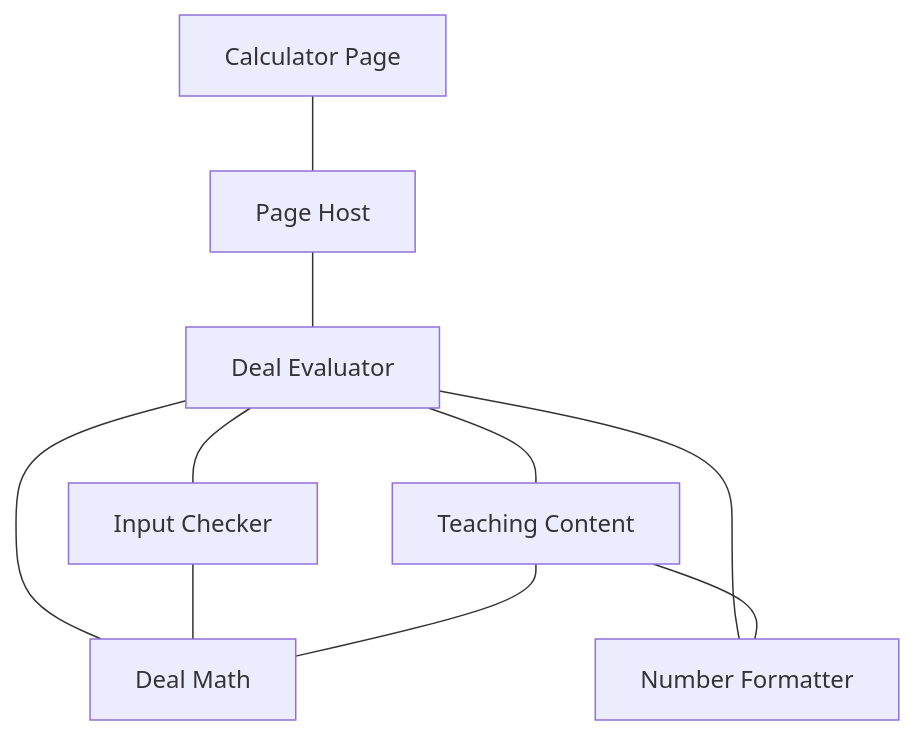
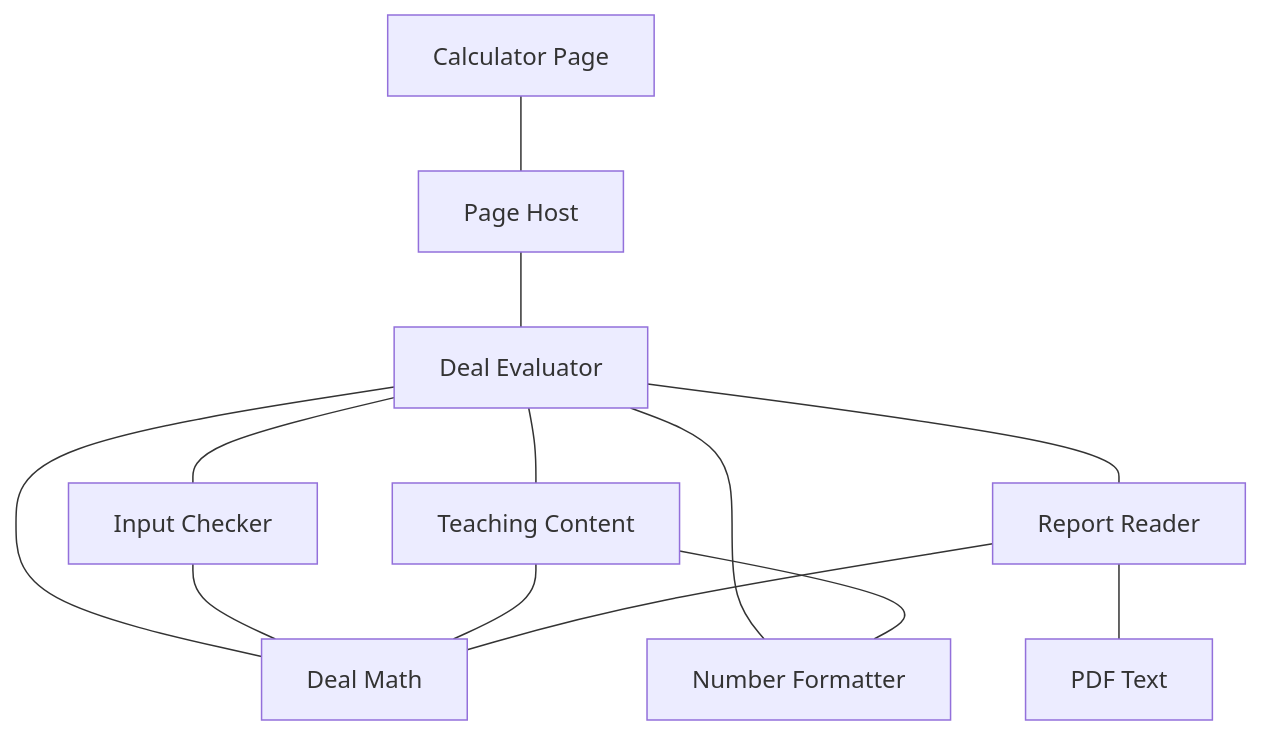
The diagram in ARCHITECTURE.md (jonnyH2O/deal-calc), drawn with Mermaid before and after one commit. The commit also changed other lines of this file and 27 other files, not shown here.

````diff
--- a/ARCHITECTURE.md
+++ b/ARCHITECTURE.md
@@ -37,12 +40,15 @@
 ```mermaid
 flowchart TD
     page["Calculator Page"] --- host["Page Host"]
     host --- evaluator["Deal Evaluator"]
     evaluator --- checker["Input Checker"]
     evaluator --- teaching["Teaching Content"]
     evaluator --- math["Deal Math"]
     evaluator --- formatter["Number Formatter"]
+    evaluator --- reader["Report Reader"]
     checker --- math
     teaching --- math
     teaching --- formatter
+    reader --- pdf["PDF Text"]
+    reader --- math
 ```
````
